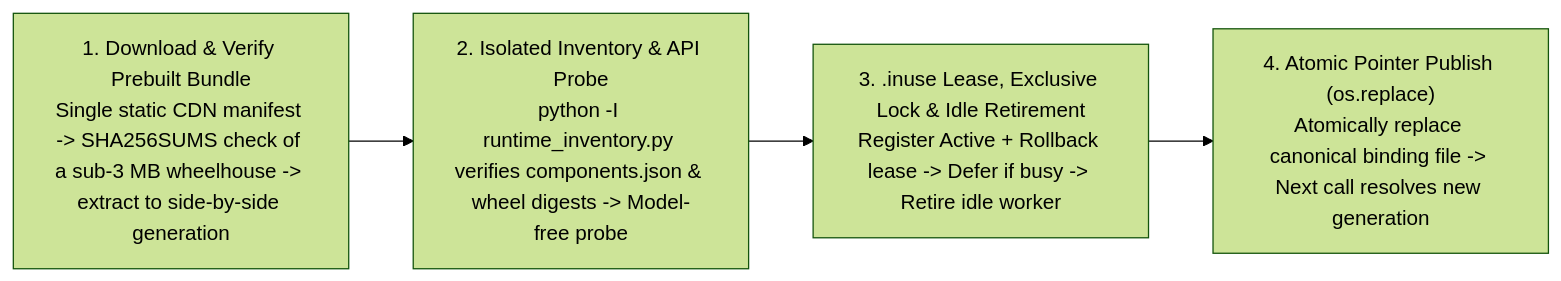
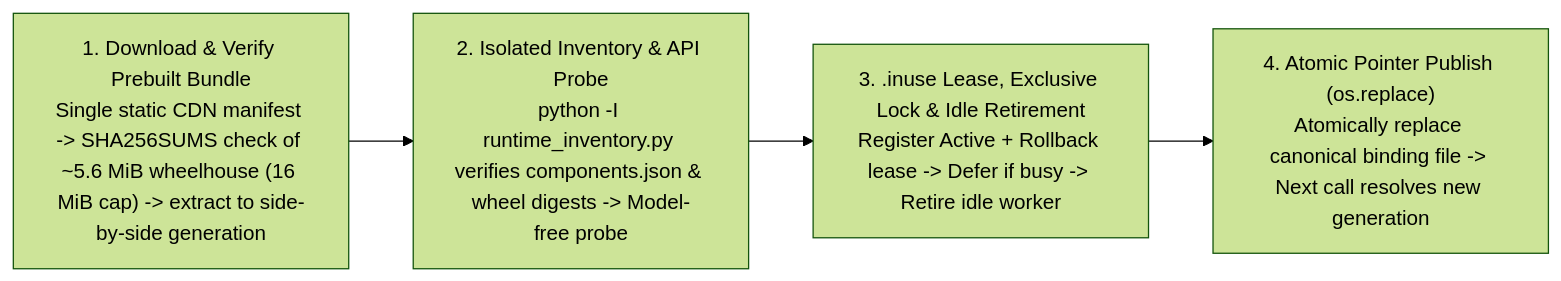
Before and after one commit to mindie-agent/mindie-agent: the diagram in docs/release-compatibility-and-update.en.md, drawn with Mermaid (forest theme). The commit also changed other lines of this file and 18 other files, not shown here.

````diff
--- a/docs/release-compatibility-and-update.en.md
+++ b/docs/release-compatibility-and-update.en.md
@@ -177,6 +177,6 @@
 ```mermaid
 flowchart LR
-    P["1. Download & Verify Prebuilt Bundle<br/>Single static CDN manifest -> SHA256SUMS check of a sub-3 MB wheelhouse -> extract to side-by-side generation"] --> V["2. Isolated Inventory & API Probe<br/>python -I runtime_inventory.py verifies components.json & wheel digests -> Model-free probe"]
+    P["1. Download & Verify Prebuilt Bundle<br/>Single static CDN manifest -> SHA256SUMS check of ~5.6 MiB wheelhouse (16 MiB cap) -> extract to side-by-side generation"] --> V["2. Isolated Inventory & API Probe<br/>python -I runtime_inventory.py verifies components.json & wheel digests -> Model-free probe"]
     V --> W["3. .inuse Lease, Exclusive Lock & Idle Retirement<br/>Register Active + Rollback lease -> Defer if busy -> Retire idle worker"]
     W --> S["4. Atomic Pointer Publish (os.replace)<br/>Atomically replace canonical binding file -> Next call resolves new generation"]
 ```
````
